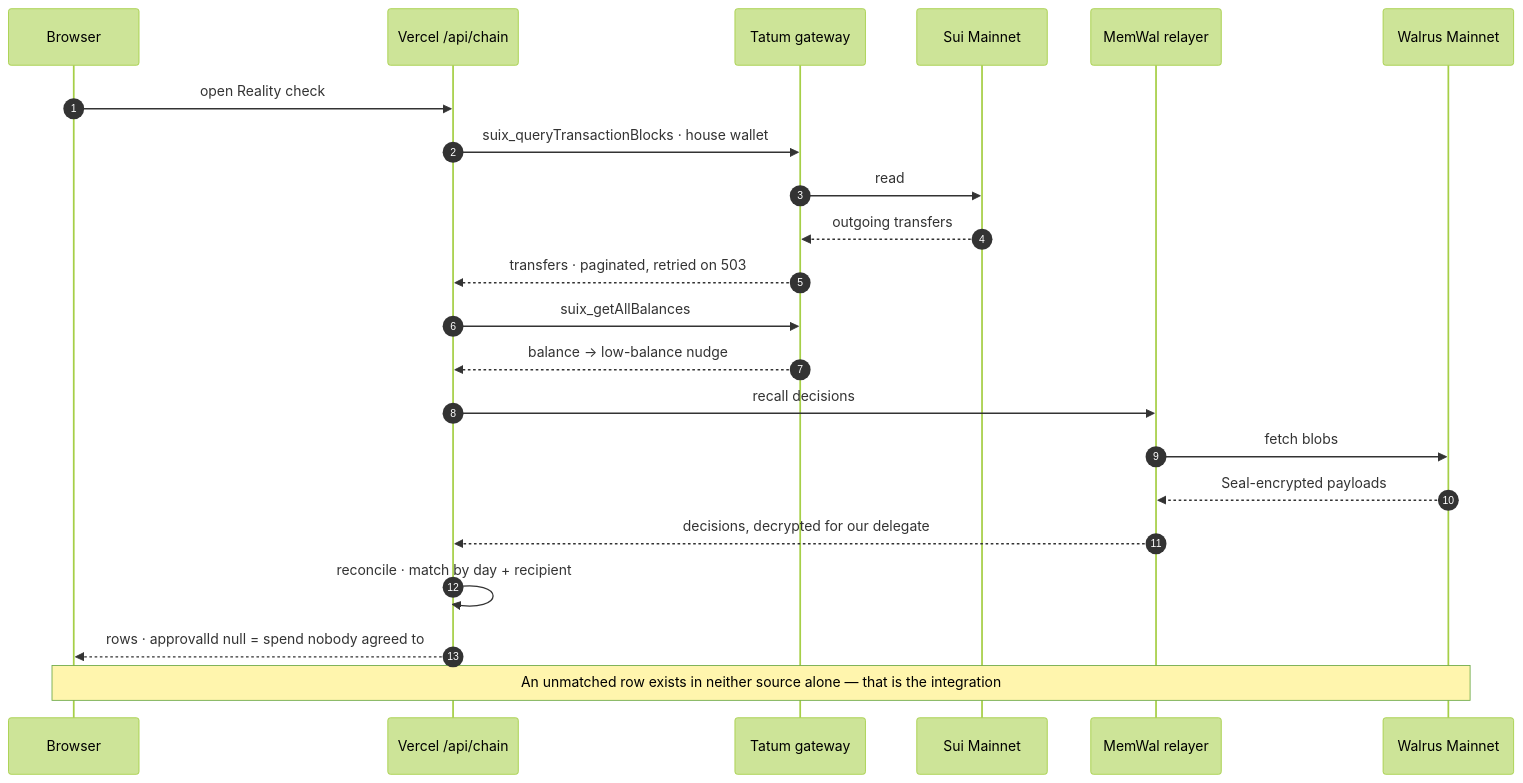
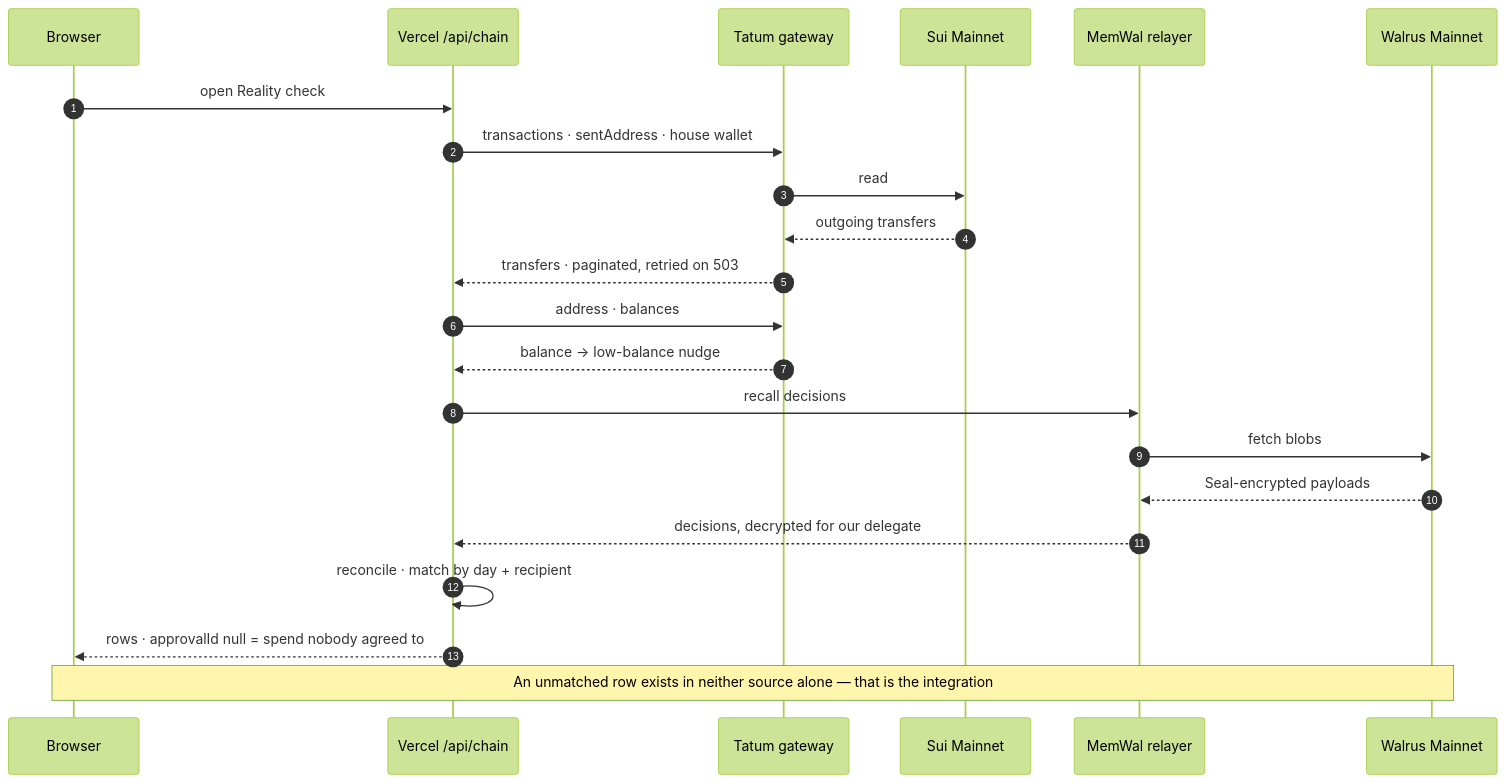
One commit to EdCryptoFi/unwritten changed the second of 3 diagrams in README.md. Above: the diagram before and after it, drawn with Mermaid (forest theme). The commit also changed other lines of this file and 10 other files, not shown here.

First line of the commit message:
Move Tatum reads and the daily signer from JSON-RPC to GraphQL

````diff
--- a/README.md
+++ b/README.md
@@ -127,24 +127,24 @@
 ```mermaid
 sequenceDiagram
   autonumber
   participant B as Browser
   participant A as Vercel /api/chain
   participant T as Tatum gateway
   participant S as Sui Mainnet
   participant M as MemWal relayer
   participant W as Walrus Mainnet
   B->>A: open Reality check
-  A->>T: suix_queryTransactionBlocks · house wallet
+  A->>T: transactions · sentAddress · house wallet
   T->>S: read
   S-->>T: outgoing transfers
   T-->>A: transfers · paginated, retried on 503
-  A->>T: suix_getAllBalances
+  A->>T: address · balances
   T-->>A: balance → low-balance nudge
   A->>M: recall decisions
   M->>W: fetch blobs
   W-->>M: Seal-encrypted payloads
   M-->>A: decisions, decrypted for our delegate
   A->>A: reconcile · match by day + recipient
   A-->>B: rows · approvalId null = spend nobody agreed to
   Note over B,W: An unmatched row exists in neither source alone — that is the integration
 ```
````
